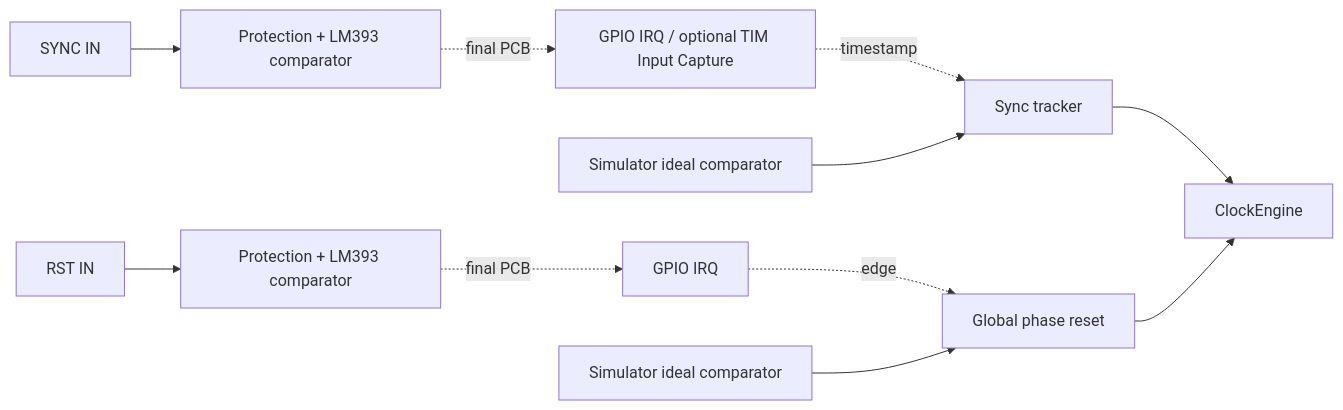
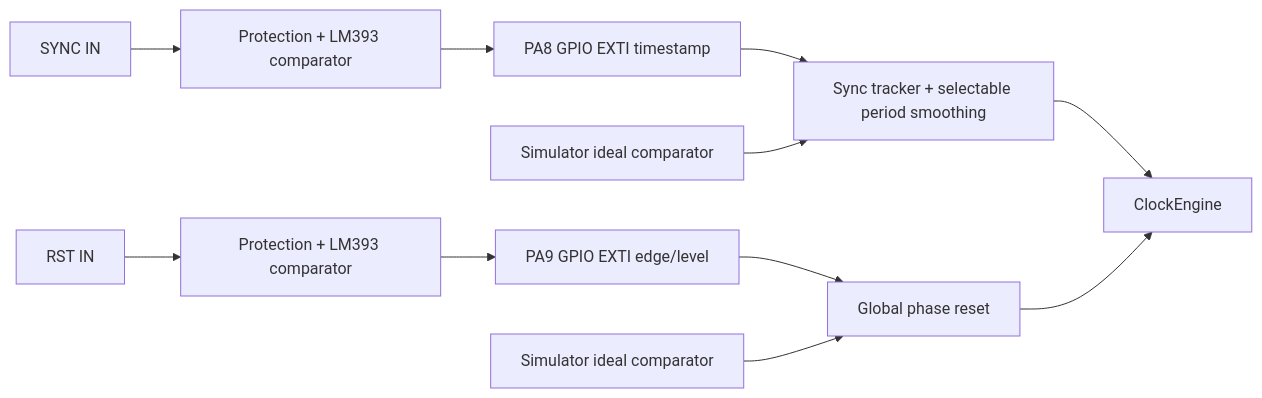
The sixth of 7 diagrams in docs/ARCHITECTURE.md (napolitano/eurorack-clock-firmware), drawn with Mermaid before and after one commit. The commit also changed other lines of this file and 46 other files, not shown here.

First line of the commit message:
feat(sync): add configurable external tempo smoothing for 1.0.0

````diff
--- a/docs/ARCHITECTURE.md
+++ b/docs/ARCHITECTURE.md
@@ -260,13 +260,13 @@
 ```mermaid
 flowchart LR
     SyncJack[SYNC IN] --> SyncAnalog[Protection + LM393 comparator]
     ResetJack[RST IN] --> ResetAnalog[Protection + LM393 comparator]
-    SyncAnalog -. final PCB .-> SyncCapture[GPIO IRQ / optional TIM Input Capture]
-    ResetAnalog -. final PCB .-> ResetCapture[GPIO IRQ]
-    SyncCapture -. timestamp .-> Tracker[Sync tracker]
-    ResetCapture -. edge .-> Reset[Global phase reset]
+    SyncAnalog --> SyncCapture[PA8 GPIO EXTI timestamp]
+    ResetAnalog --> ResetCapture[PA9 GPIO EXTI edge/level]
+    SyncCapture --> Tracker[Sync tracker + selectable period smoothing]
+    ResetCapture --> Reset[Global phase reset]
     SimSync[Simulator ideal comparator] --> Tracker
     SimReset[Simulator ideal comparator] --> Reset
     Tracker --> Engine[ClockEngine]
     Reset --> Engine
 ```
````
